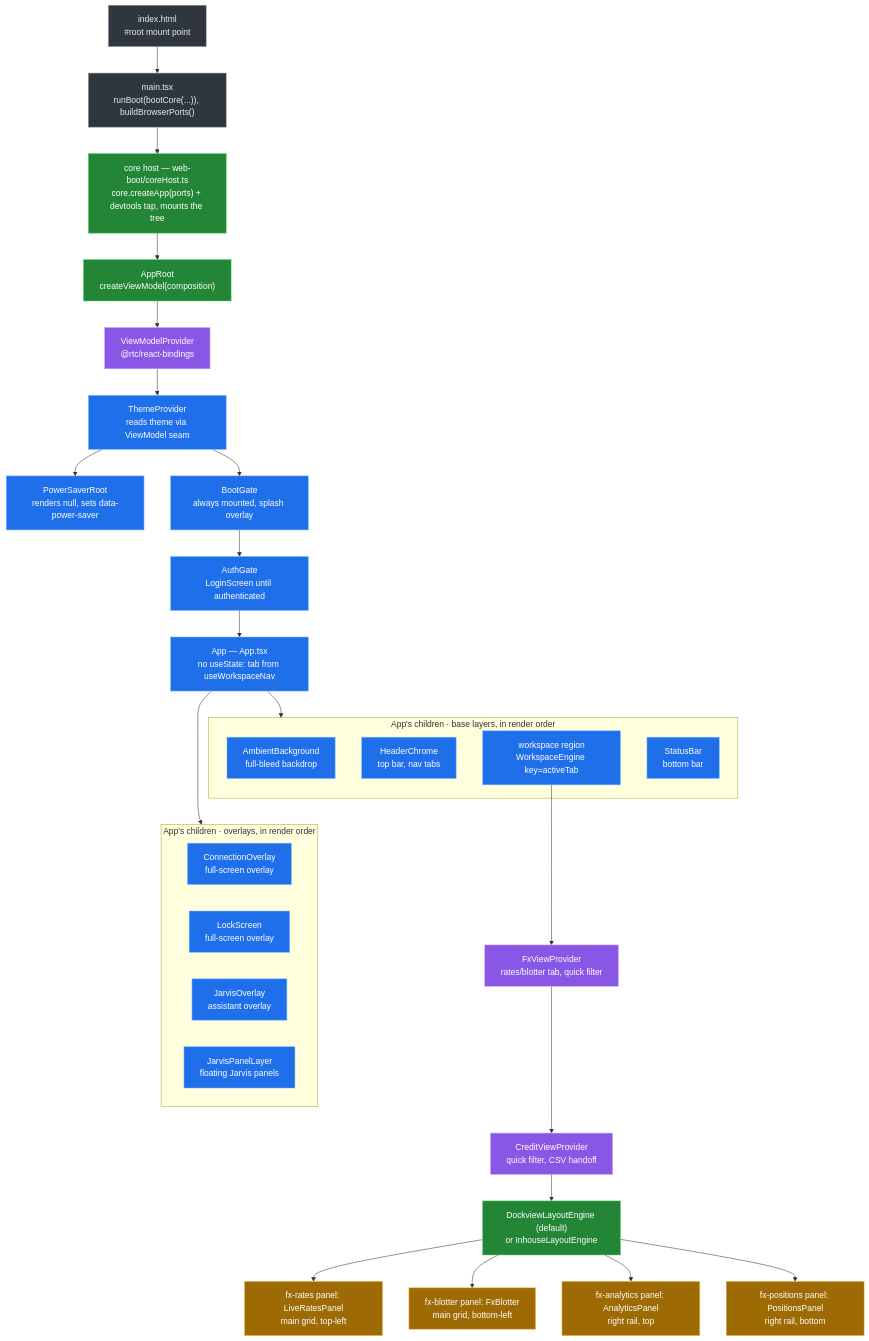
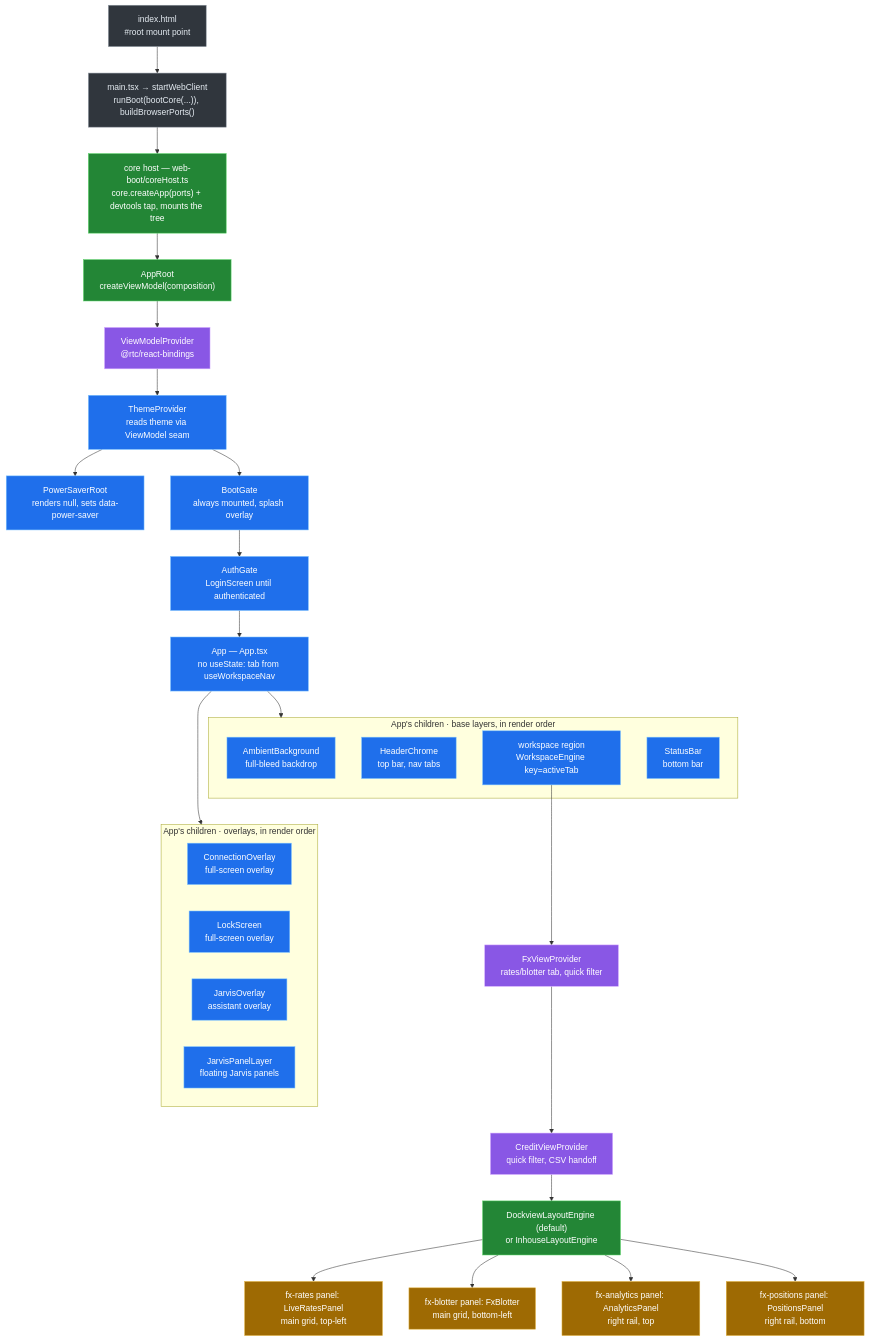
One commit to bettersoftware-io/ReactiveTraderCloudClone changed the first of 5 diagrams in docs/architecture/17-web-client-up-close.md. Above: the diagram before and after it, drawn with Mermaid. The commit also changed other lines of this file and 39 other files, not shown here.

First line of the commit message:
test: one test for both clients' deployed files; docs: startWebClient closes the web-boot workstream

````diff
--- a/docs/architecture/17-web-client-up-close.md
+++ b/docs/architecture/17-web-client-up-close.md
@@ -58,59 +58,59 @@
 ```mermaid
 flowchart TB
     IndexHtml["index.html<br/>#root mount point"]:::entry
-    MainTsx["main.tsx<br/>runBoot(bootCore(...)), buildBrowserPorts()"]:::entry
+    MainTsx["main.tsx → startWebClient<br/>runBoot(bootCore(...)), buildBrowserPorts()"]:::entry
     HostNode["core host — web-boot/coreHost.ts<br/>core.createApp(ports) + devtools tap, mounts the tree"]:::core
     RootComp["AppRoot<br/>createViewModel(composition)"]:::core
     VMProvider["ViewModelProvider<br/>@rtc/react-bindings"]:::bridge
     ThemeProviderNode["ThemeProvider<br/>reads theme via ViewModel seam"]:::ui
 
     IndexHtml --> MainTsx --> HostNode --> RootComp --> VMProvider --> ThemeProviderNode
 
     PowerSaver["PowerSaverRoot<br/>renders null, sets data-power-saver"]:::ui
     BootGateNode["BootGate<br/>always mounted, splash overlay"]:::ui
     AuthGateNode["AuthGate<br/>LoginScreen until authenticated"]:::ui
     AppComp["App — App.tsx<br/>no useState: tab from useWorkspaceNav"]:::ui
 
     ThemeProviderNode --> PowerSaver
     ThemeProviderNode --> BootGateNode --> AuthGateNode --> AppComp
 
     subgraph Base["App's children · base layers, in render order"]
         Ambient["AmbientBackground<br/>full-bleed backdrop"]:::ui
         Header["HeaderChrome<br/>top bar, nav tabs"]:::ui
         Workspace["workspace region<br/>WorkspaceEngine key=activeTab"]:::ui
         Status["StatusBar<br/>bottom bar"]:::ui
     end
 
     subgraph Overlays["App's children · overlays, in render order"]
         ConnOverlay["ConnectionOverlay<br/>full-screen overlay"]:::ui
         Lock["LockScreen<br/>full-screen overlay"]:::ui
         JarvisO["JarvisOverlay<br/>assistant overlay"]:::ui
         JarvisP["JarvisPanelLayer<br/>floating Jarvis panels"]:::ui
     end
 
     AppComp --> Base
     AppComp --> Overlays
     Base ~~~ Overlays
 
     FxVP["FxViewProvider<br/>rates/blotter tab, quick filter"]:::bridge
     CreditVP["CreditViewProvider<br/>quick filter, CSV handoff"]:::bridge
     Engine["DockviewLayoutEngine (default)<br/>or InhouseLayoutEngine"]:::core
 
     Workspace --> FxVP --> CreditVP --> Engine
 
     Rates["fx-rates panel: LiveRatesPanel<br/>main grid, top-left"]:::leaf
     Blotter["fx-blotter panel: FxBlotter<br/>main grid, bottom-left"]:::leaf
     Analytics["fx-analytics panel: AnalyticsPanel<br/>right rail, top"]:::leaf
     Positions["fx-positions panel: PositionsPanel<br/>right rail, bottom"]:::leaf
 
     Engine --> Rates
     Engine --> Blotter
     Engine --> Analytics
     Engine --> Positions
 
     classDef entry fill:#30363d,stroke:#8b949e,color:#e6edf3
     classDef core   fill:#238636,stroke:#56d364,color:#ffffff
     classDef bridge fill:#8957e5,stroke:#d2a8ff,color:#ffffff
     classDef ui     fill:#1f6feb,stroke:#79c0ff,color:#ffffff
     classDef leaf   fill:#9e6a03,stroke:#e3b341,color:#ffffff
 ```
````
